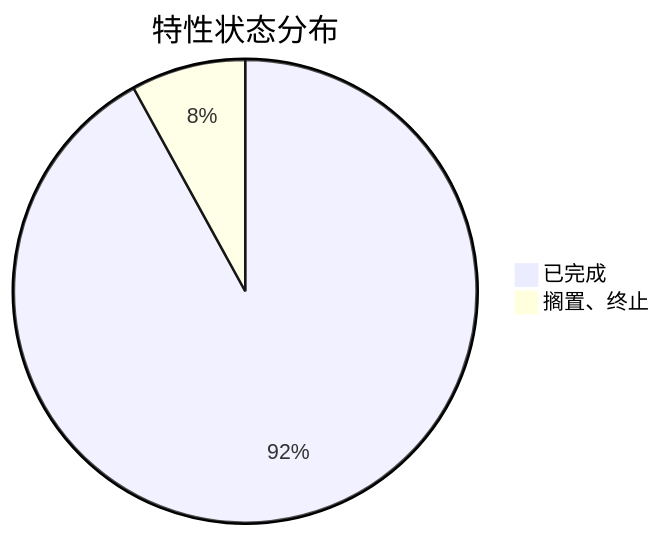
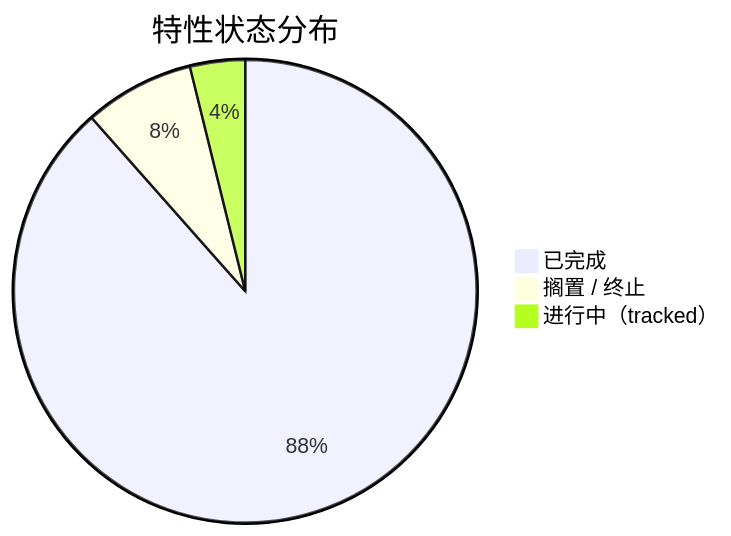
One commit to THZSummer/sddu changed the third of 8 diagrams in .sddu/ROADMAP.md. Above: the diagram before and after it, drawn with Mermaid. The commit also changed other lines of this file and 14 other files, not shown here.

````diff
--- a/.sddu/ROADMAP.md
+++ b/.sddu/ROADMAP.md
@@ -85,5 +85,6 @@
 ```mermaid
 pie title 特性状态分布
     "已完成" : 23
-    "搁置、终止" : 2
+    "搁置 / 终止" : 2
+    "进行中（tracked）" : 1
 ```
````
